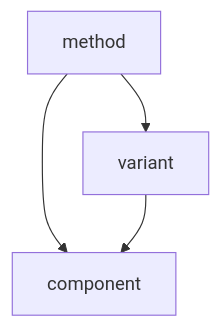
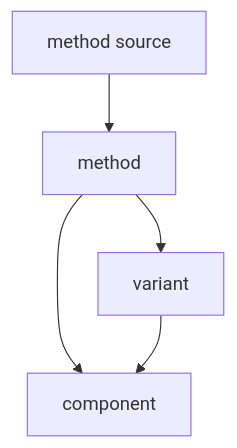
One commit to TheMetaSetter/bachelor-thesis-2026 changed the fifth of 13 diagrams in documents/spec/tsad-lib-directed-graphs.md. Above: the diagram before and after it, drawn with Mermaid. The commit also changed other lines of this file and 429 other files, not shown here.

````diff
--- a/documents/spec/tsad-lib-directed-graphs.md
+++ b/documents/spec/tsad-lib-directed-graphs.md
@@ -209,10 +210,12 @@
 ```mermaid
 flowchart TD
+    source[method source]
     method[method]
     variant[variant]
     component[component]
 
+    source --> method
     method --> variant
     method --> component
     variant --> component
 ```
````
